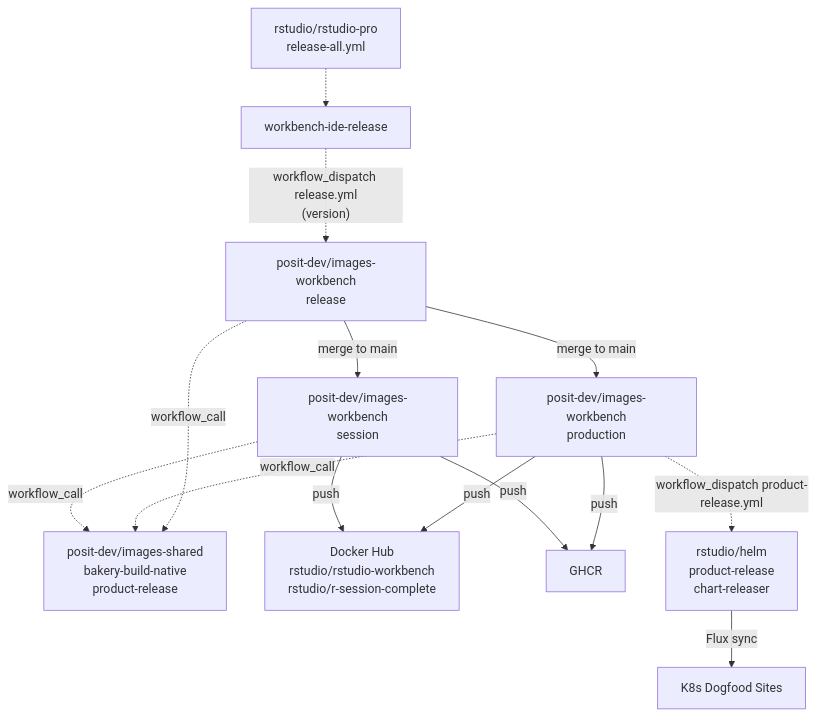
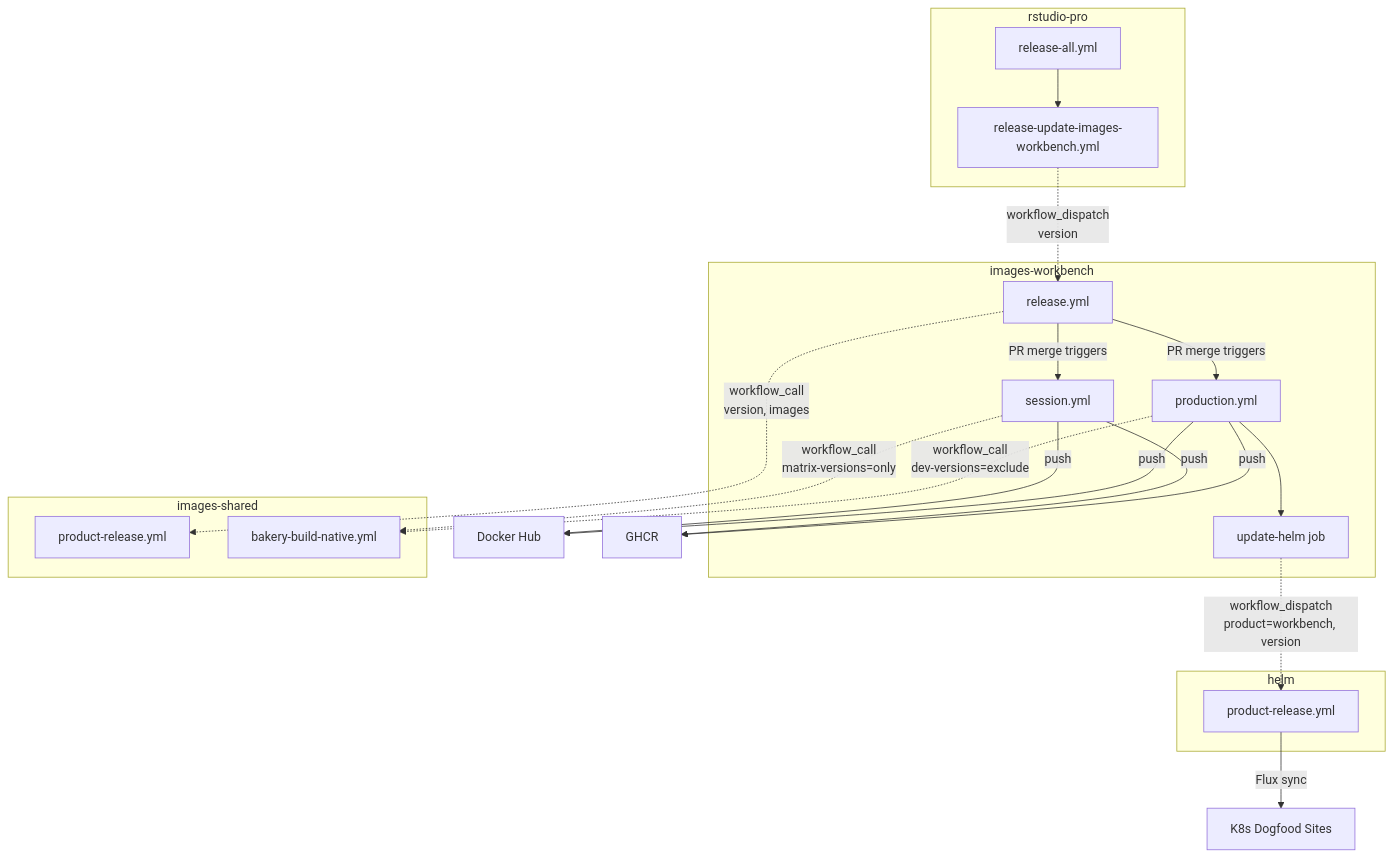
The sixth of 9 diagrams in posit-bakery/docs/cross-repo-workflows.qmd (posit-dev/images-shared), drawn with Mermaid before and after one commit. The commit also changed other lines of this file, not shown here.

First line of the commit message:
Update cross-repo workflow diagrams

````diff
--- a/posit-bakery/docs/cross-repo-workflows.qmd
+++ b/posit-bakery/docs/cross-repo-workflows.qmd
@@ -229,36 +230,54 @@
 ```{mermaid}
 %%| fig-cap: "Workbench Production Flow"
 graph TD
-    PROD["rstudio/rstudio-pro<br/>release-all.yml"]
-    BOT["workbench-ide-release"]
+    subgraph rstudio-pro
+        RELEASE_ALL["release-all.yml"]
+        UPDATE_IMG["release-update-images-workbench.yml"]
+        RELEASE_ALL --> UPDATE_IMG
+    end
 
-    PROD -.-> BOT
-    BOT -.->|"workflow_dispatch release.yml<br/>(version)"| IMG_RELEASE
+    UPDATE_IMG -.->|"workflow_dispatch<br/>version"| REL
 
-    SHARED["posit-dev/images-shared<br/>bakery-build-native<br/>product-release"]
+    subgraph images-workbench
+        REL["release.yml"]
+        PROD_WF["production.yml"]
+        SESSION["session.yml"]
+        HELM_JOB["update-helm job"]
+    end
 
-    IMG_RELEASE["posit-dev/images-workbench<br/>release"]
-    IMG_PROD["posit-dev/images-workbench<br/>production"]
-    IMG_SESSION["posit-dev/images-workbench<br/>session"]
+    REL -.->|"workflow_call<br/>version, images"| PRODUCT_REL
 
-    IMG_RELEASE -.->|workflow_call| SHARED
-    IMG_PROD -.->|workflow_call| SHARED
-    IMG_SESSION -.->|workflow_call| SHARED
+    subgraph images-shared
+        PRODUCT_REL["product-release.yml"]
+        SHARED["bakery-build-native.yml"]
+    end
 
-    IMG_RELEASE -->|"merge to main"| IMG_PROD
-    IMG_RELEASE -->|"merge to main"| IMG_SESSION
+    REL -->|"PR merge triggers"| PROD_WF
+    REL -->|"PR merge triggers"| SESSION
 
-    IMG_PROD -->|push| DOCKERHUB
-    IMG_PROD -->|push| GHCR
-    IMG_SESSION -->|push| DOCKERHUB
-    IMG_SESSION -->|push| GHCR
+    PROD_WF -.->|"workflow_call<br/>dev-versions=exclude"| SHARED
+    SESSION -.->|"workflow_call<br/>matrix-versions=only"| SHARED
 
-    DOCKERHUB["Docker Hub<br/>rstudio/rstudio-workbench<br/>rstudio/r-session-complete"]
-    GHCR["GHCR"]
+    PROD_WF --> HELM_JOB
+    HELM_JOB -.->|"workflow_dispatch<br/>product=workbench, version"| HELM_WF
 
-    IMG_PROD -.->|"workflow_dispatch product-release.yml"| HELM
-    HELM["rstudio/helm<br/>product-release<br/>chart-releaser"]
-    HELM -->|Flux sync| K8S
+    PROD_WF -->|push| DOCKERHUB["Docker Hub"]
+    PROD_WF -->|push| GHCR["GHCR"]
+    SESSION -->|push| DOCKERHUB
+    SESSION -->|push| GHCR
 
-    K8S["K8s Dogfood Sites"]
+    subgraph helm
+        HELM_WF["product-release.yml"]
+    end
+
+    HELM_WF -->|Flux sync| K8S["K8s Dogfood Sites"]
+
+    click RELEASE_ALL "https://github.com/rstudio/rstudio-pro/blob/main/.github/workflows/release-all.yml" _blank
+    click UPDATE_IMG "https://github.com/rstudio/rstudio-pro/blob/main/.github/workflows/release-update-images-workbench.yml" _blank
+    click REL "https://github.com/posit-dev/images-workbench/blob/main/.github/workflows/release.yml" _blank
+    click PROD_WF "https://github.com/posit-dev/images-workbench/blob/main/.github/workflows/production.yml" _blank
+    click SESSION "https://github.com/posit-dev/images-workbench/blob/main/.github/workflows/session.yml" _blank
+    click PRODUCT_REL "https://github.com/posit-dev/images-shared/blob/main/.github/workflows/product-release.yml" _blank
+    click SHARED "https://github.com/posit-dev/images-shared/blob/main/.github/workflows/bakery-build-native.yml" _blank
+    click HELM_WF "https://github.com/rstudio/helm/blob/main/.github/workflows/product-release.yml" _blank
 ```
````
